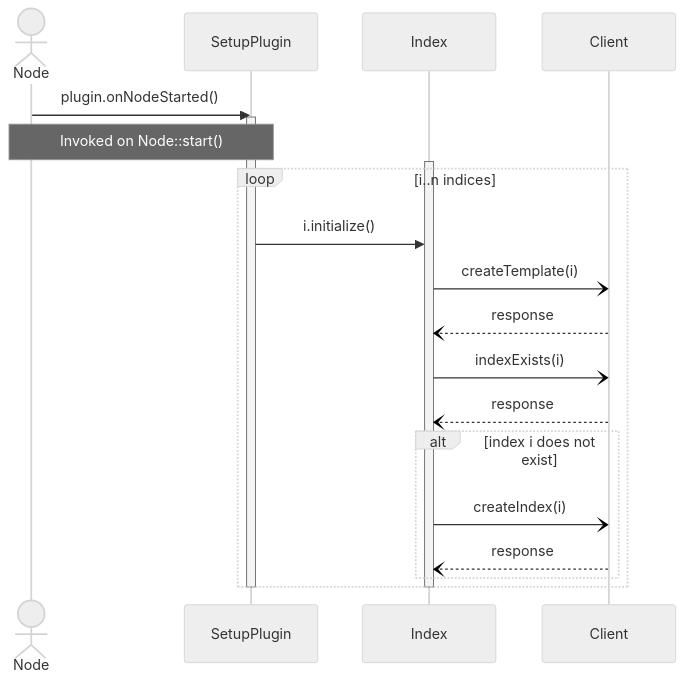
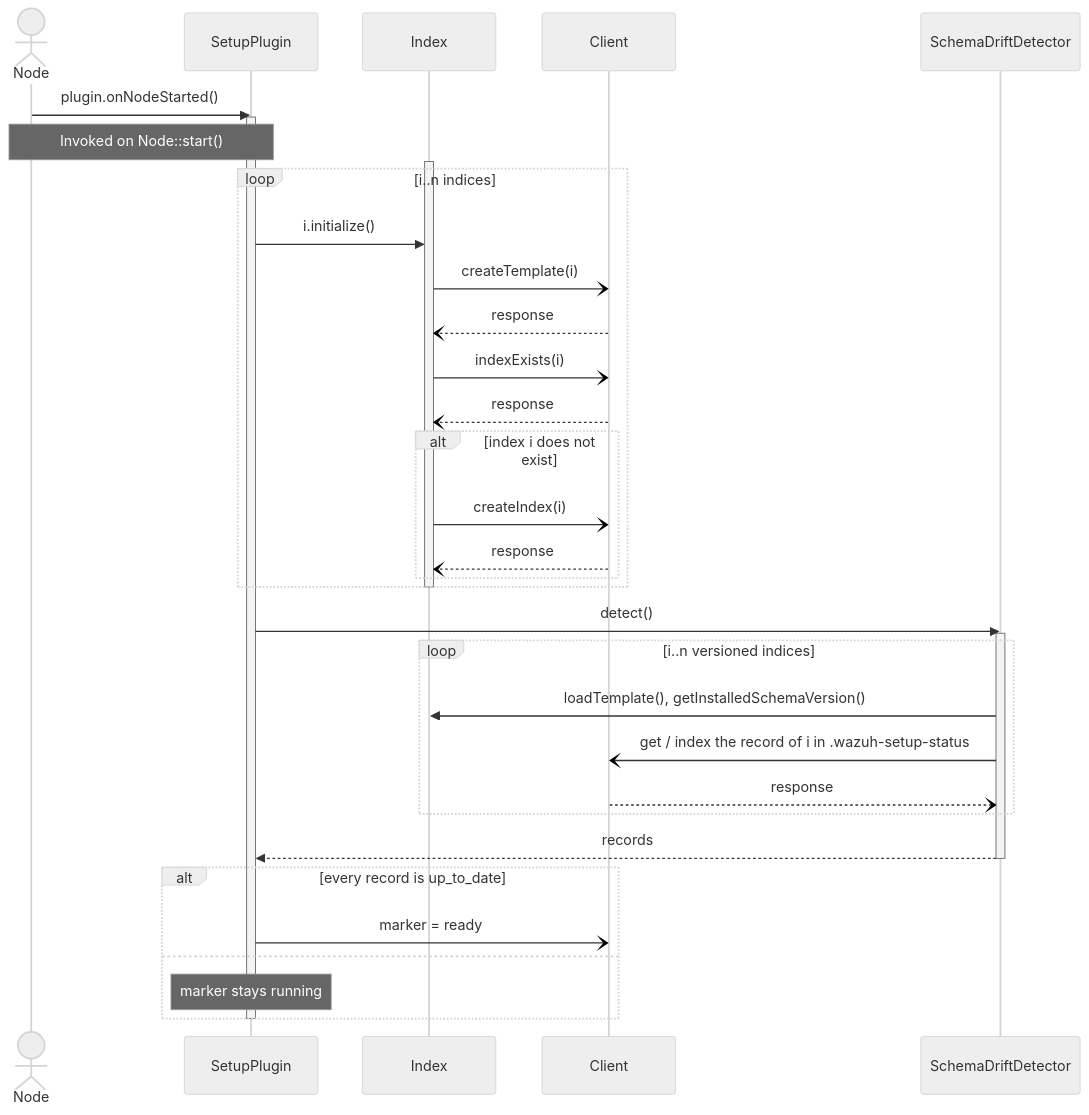
One commit to wazuh/wazuh-indexer-plugins changed the second of 2 diagrams in docs/dev/plugins/setup.md. Above: the diagram before and after it, drawn with Mermaid (neutral theme). The commit also changed other lines of this file and 19 other files, not shown here.

First line of the commit message:
Detect the indices created from an older schema version

````diff
--- a/docs/dev/plugins/setup.md
+++ b/docs/dev/plugins/setup.md
@@ -86,29 +86,45 @@
 ```mermaid
 sequenceDiagram
     actor Node
     participant SetupPlugin
     participant Index
     participant Client
     Node->>SetupPlugin: plugin.onNodeStarted()
     activate SetupPlugin
     Note over Node,SetupPlugin: Invoked on Node::start()
 
     activate Index
     loop i..n indices
         SetupPlugin->>Index: i.initialize()
 
 
         Index-)Client: createTemplate(i)
         Client--)Index: response
 
         Index-)Client: indexExists(i)
         Client--)Index: response
         alt index i does not exist
             Index-)Client: createIndex(i)
             Client--)Index: response
         end
     end
 
     deactivate Index
+
+    participant SchemaDriftDetector
+    SetupPlugin->>SchemaDriftDetector: detect()
+    activate SchemaDriftDetector
+    loop i..n versioned indices
+        SchemaDriftDetector->>Index: loadTemplate(), getInstalledSchemaVersion()
+        SchemaDriftDetector-)Client: get / index the record of i in .wazuh-setup-status
+        Client--)SchemaDriftDetector: response
+    end
+    SchemaDriftDetector-->>SetupPlugin: records
+    deactivate SchemaDriftDetector
+    alt every record is up_to_date
+        SetupPlugin-)Client: marker = ready
+    else
+        Note over SetupPlugin: marker stays running
+    end
     deactivate SetupPlugin
 ```
````
